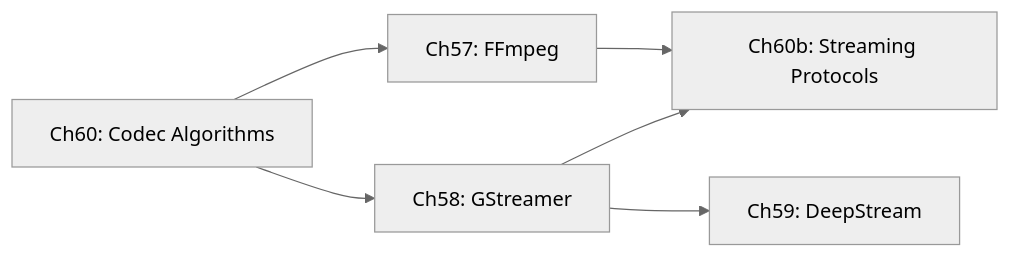
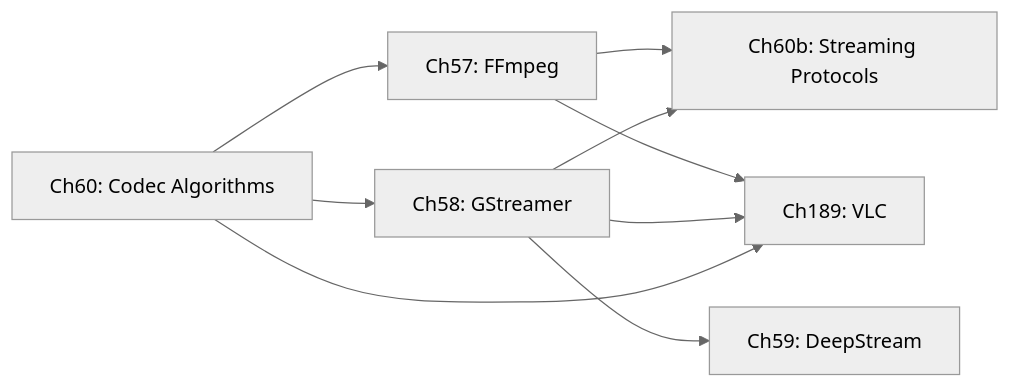
The diagram in chapters/part-13-video-streaming/part-intro.md (jreuben11/linux-graphics-stack-book), drawn with Mermaid (neutral theme) before and after one commit. The commit also changed other lines of this file and 95 other files, not shown here.

First line of the commit message:
Add Roadmap sections to 94 chapters, Ch93 §13 frame latency, plan.md appendix updates

````diff
--- a/chapters/part-13-video-streaming/part-intro.md
+++ b/chapters/part-13-video-streaming/part-intro.md
@@ -21,14 +23,17 @@
 ```mermaid
 graph LR
     CH60["Ch60: Codec Algorithms"]
     CH57["Ch57: FFmpeg"]
     CH58["Ch58: GStreamer"]
     CH60B["Ch60b: Streaming Protocols"]
     CH59["Ch59: DeepStream"]
 
     CH60 --> CH57
     CH60 --> CH58
     CH57 --> CH60B
     CH58 --> CH60B
     CH58 --> CH59
+    CH57 --> CH189["Ch189: VLC"]
+    CH58 --> CH189
+    CH60 --> CH189
 ```
````
